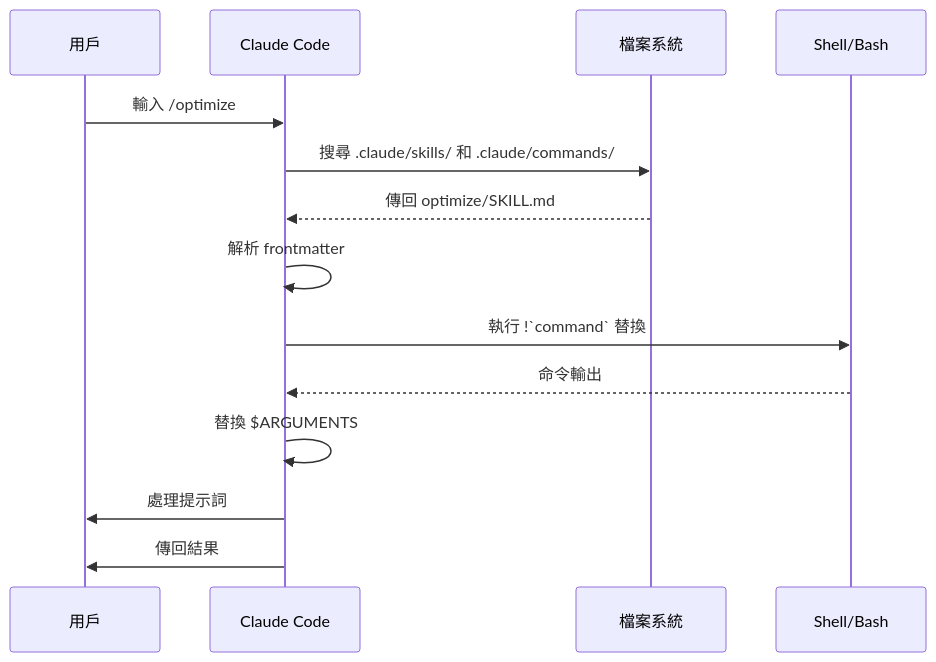
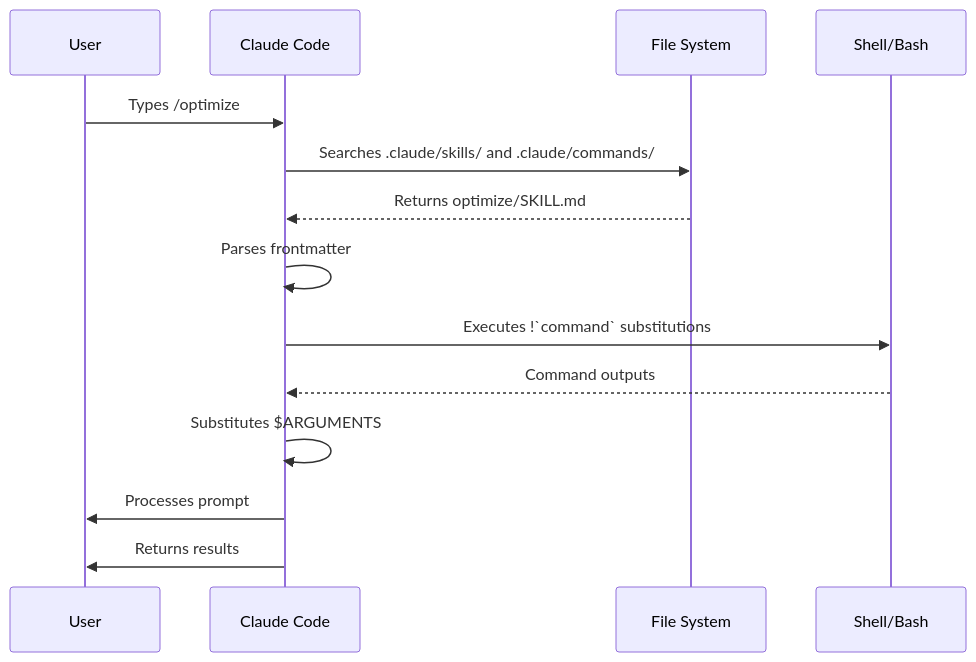
One commit to huckly/claude-howto-zh-tw changed the second of 2 diagrams in 01-slash-commands/README.md. Above: the diagram before and after it, drawn with Mermaid. The commit also changed other lines of this file, not shown here.

Commit message:
章節 01：Slash Commands — 同步 v2.1.110（TUI、session recap）

````diff
--- a/01-slash-commands/README.md
+++ b/01-slash-commands/README.md
@@ -346,17 +363,17 @@
 ```mermaid
 sequenceDiagram
-    participant 用戶
+    participant User
     participant Claude as Claude Code
-    participant FS as 檔案系統
+    participant FS as File System
     participant CLI as Shell/Bash
 
-    用戶->>Claude: 輸入 /optimize
-    Claude->>FS: 搜尋 .claude/skills/ 和 .claude/commands/
-    FS-->>Claude: 傳回 optimize/SKILL.md
-    Claude->>Claude: 解析 frontmatter
-    Claude->>CLI: 執行 !`command` 替換
-    CLI-->>Claude: 命令輸出
-    Claude->>Claude: 替換 $ARGUMENTS
-    Claude->>用戶: 處理提示詞
-    Claude->>用戶: 傳回結果
+    User->>Claude: Types /optimize
+    Claude->>FS: Searches .claude/skills/ and .claude/commands/
+    FS-->>Claude: Returns optimize/SKILL.md
+    Claude->>Claude: Parses frontmatter
+    Claude->>CLI: Executes !`command` substitutions
+    CLI-->>Claude: Command outputs
+    Claude->>Claude: Substitutes $ARGUMENTS
+    Claude->>User: Processes prompt
+    Claude->>User: Returns results
 ```
````
